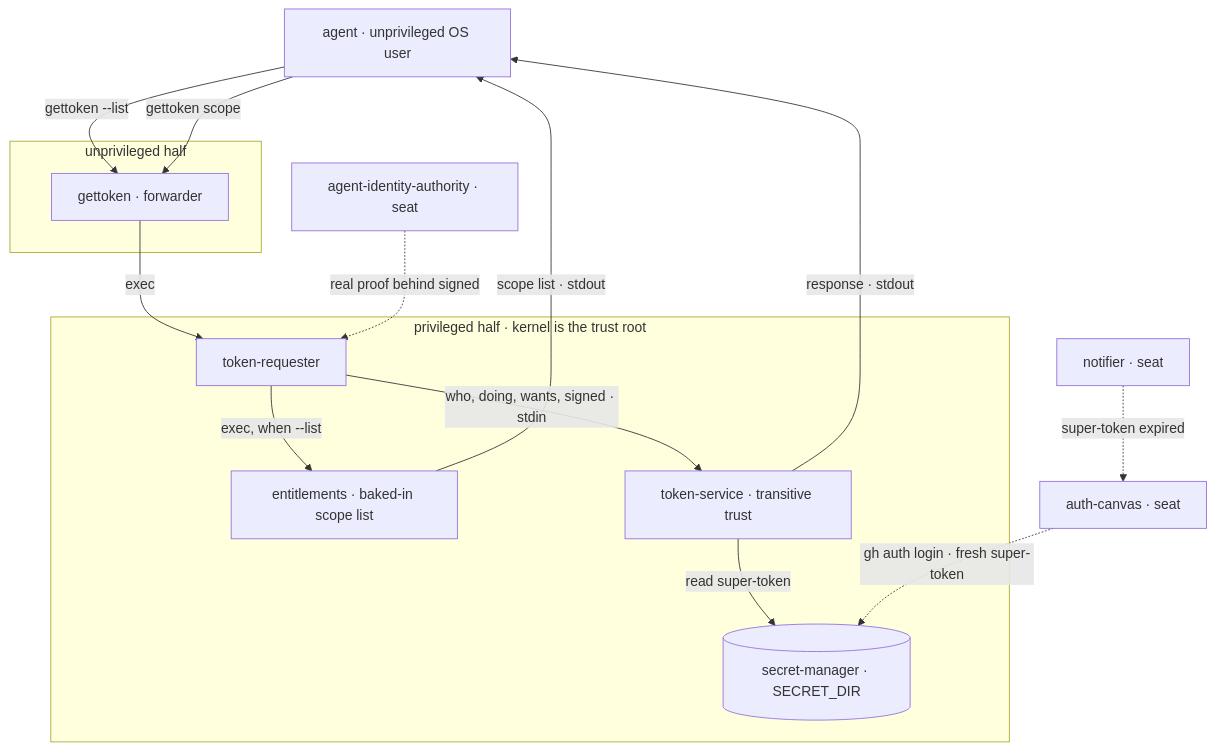
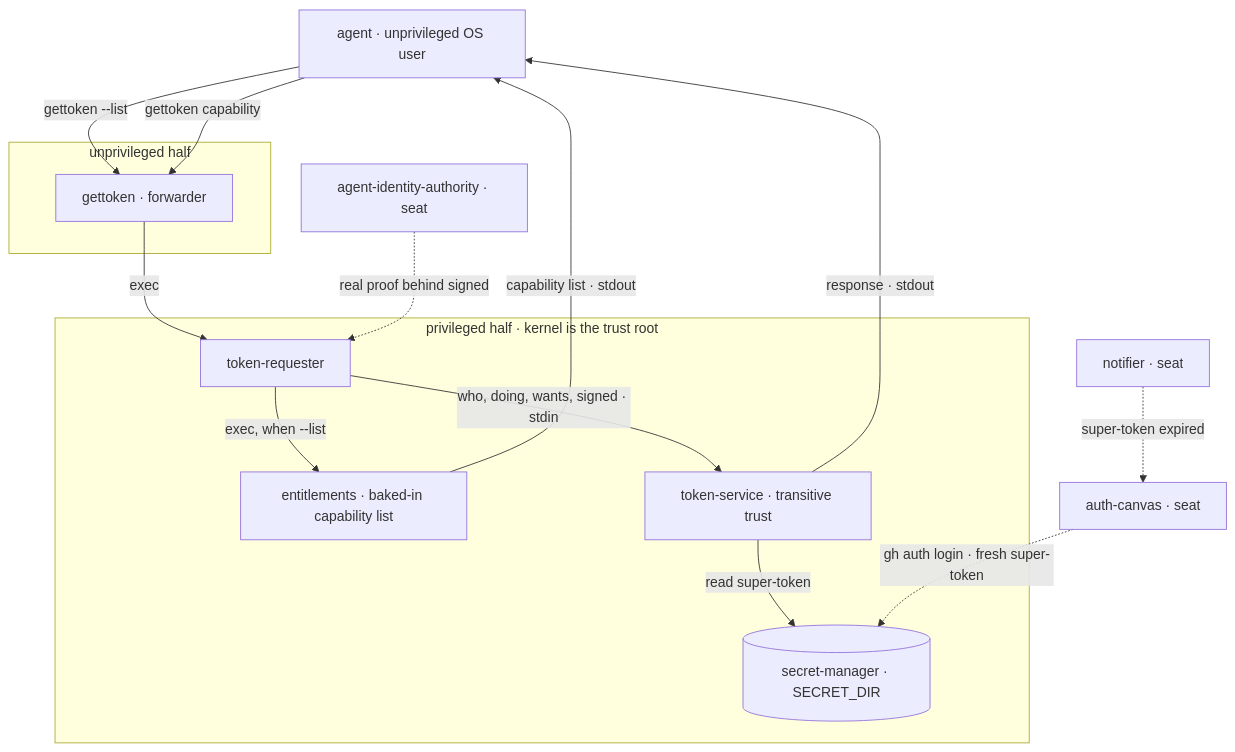
The first of 2 diagrams in README.md (thruput-io/gettoken), drawn with Mermaid before and after one commit. The commit also changed other lines of this file, not shown here.

````diff
--- a/README.md
+++ b/README.md
@@ -51,28 +51,28 @@
 ```mermaid
 flowchart TD
   AG["agent · unprivileged OS user"]
 
   subgraph UNPRIV["unprivileged half"]
     GT["gettoken · forwarder"]
   end
 
   subgraph PRIV["privileged half · kernel is the trust root"]
     TR["token-requester"]
-    EN["entitlements · baked-in scope list"]
+    EN["entitlements · baked-in capability list"]
     TS["token-service · transitive trust"]
     SM[("secret-manager · SECRET_DIR")]
   end
 
   AG -->|"gettoken --list"| GT
-  AG -->|"gettoken scope"| GT
+  AG -->|"gettoken capability"| GT
   GT -->|"exec"| TR
   TR -->|"exec, when --list"| EN
   TR -->|"who, doing, wants, signed · stdin"| TS
   TS -->|"read super-token"| SM
-  EN -->|"scope list · stdout"| AG
+  EN -->|"capability list · stdout"| AG
   TS -->|"response · stdout"| AG
 
   NF["notifier · seat"] -.->|"super-token expired"| AC["auth-canvas · seat"]
   AC -.->|"gh auth login · fresh super-token"| SM
   AIA["agent-identity-authority · seat"] -.->|"real proof behind signed"| TR
 ```
````
